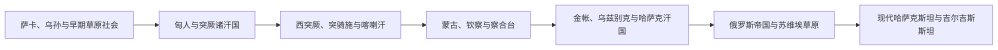
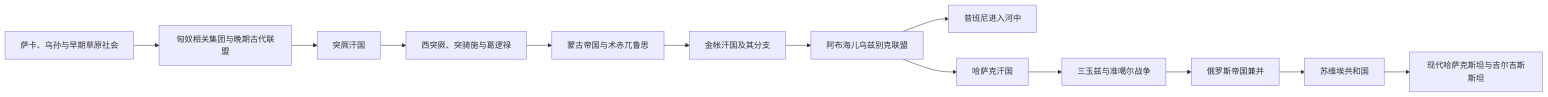
Before and after one commit to tianlan-dev/learning-notes: the diagram in 人文科学/历史/中亚/草原汗国/README.md, drawn with Mermaid. The commit also changed other lines of this file and 1417 other files, not shown here.

````diff
--- a/人文科学/历史/中亚/草原汗国/README.md
+++ b/人文科学/历史/中亚/草原汗国/README.md
@@ -9,9 +10,15 @@
 ```mermaid
 flowchart LR
-    A["萨卡、乌孙与早期草原社会"] --> B["匈人与突厥诸汗国"]
-    B --> C["西突厥、突骑施与喀喇汗"]
-    C --> D["蒙古、钦察与察合台"]
-    D --> E["金帐、乌兹别克与哈萨克汗国"]
-    E --> F["俄罗斯帝国与苏维埃草原"]
-    F --> G["现代哈萨克斯坦与吉尔吉斯斯坦"]
+    A["萨卡、乌孙与早期草原社会"] --> B["匈奴相关集团与晚期古代联盟"]
+    B --> C["突厥汗国"]
+    C --> D["西突厥、突骑施与葛逻禄"]
+    D --> E["蒙古帝国与术赤兀鲁思"]
+    E --> F["金帐汗国及其分支"]
+    F --> G["阿布海儿乌兹别克联盟"]
+    G --> H["昔班尼进入河中"]
+    G --> I["哈萨克汗国"]
+    I --> J["三玉兹与准噶尔战争"]
+    J --> K["俄罗斯帝国兼并"]
+    K --> L["苏维埃共和国"]
+    L --> M["现代哈萨克斯坦与吉尔吉斯斯坦"]
 ```
````
